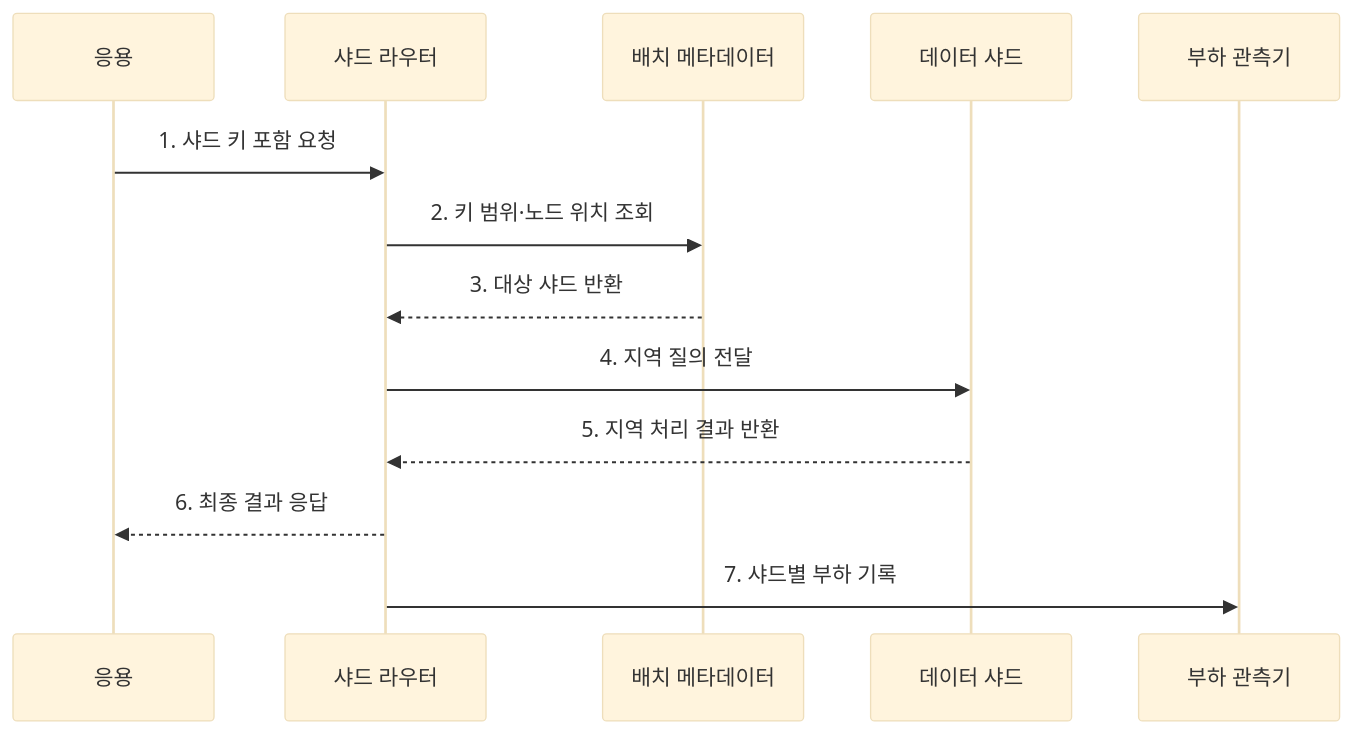
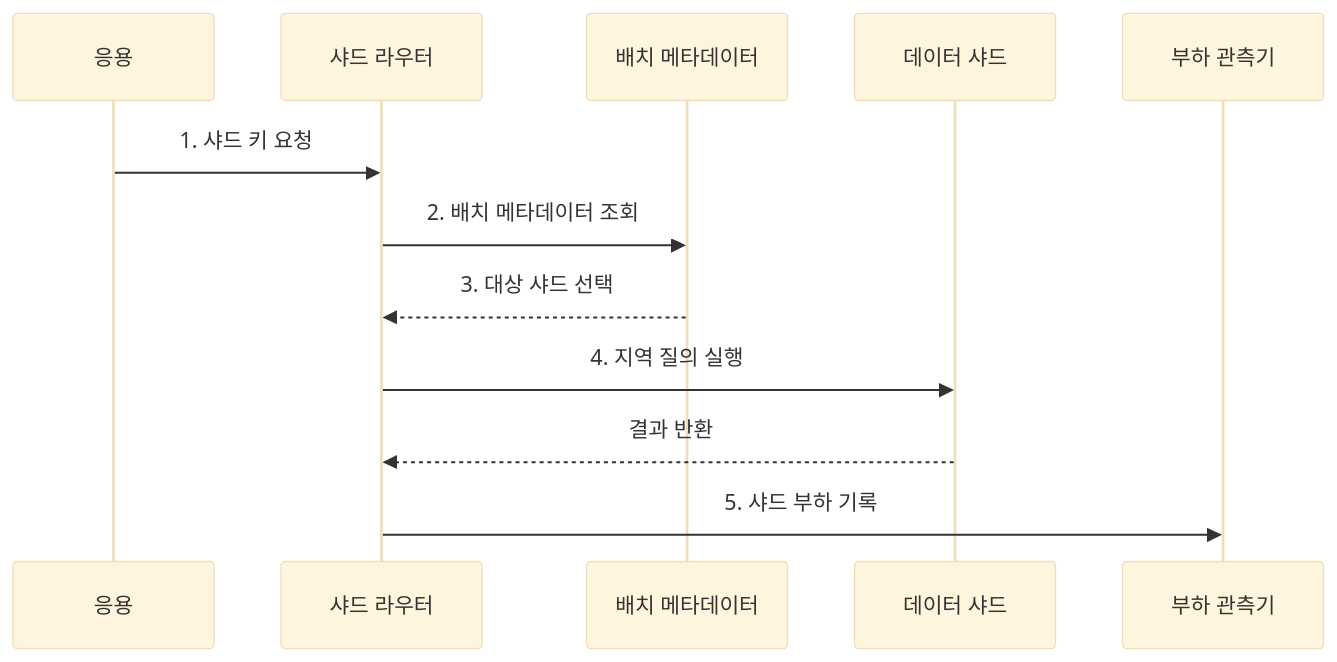
One commit to agnusdei1207/knowledge-base changed the second of 2 diagrams in src/content/docs/notes/03-software/099_sharding.md. Above: the diagram before and after it, drawn with Mermaid (base theme). The commit also changed other lines of this file and 238 other files, not shown here.

````diff
--- a/src/content/docs/notes/03-software/099_sharding.md
+++ b/src/content/docs/notes/03-software/099_sharding.md
@@ -79,15 +79,14 @@
 ```mermaid
 sequenceDiagram
     participant A as 응용
     participant R as 샤드 라우터
     participant M as 배치 메타데이터
     participant S as 데이터 샤드
     participant O as 부하 관측기
-    A->>R: 1. 샤드 키 포함 요청
-    R->>M: 2. 키 범위·노드 위치 조회
-    M-->>R: 3. 대상 샤드 반환
-    R->>S: 4. 지역 질의 전달
-    S-->>R: 5. 지역 처리 결과 반환
-    R-->>A: 6. 최종 결과 응답
-    R->>O: 7. 샤드별 부하 기록
+    A->>R: 1. 샤드 키 요청
+    R->>M: 2. 배치 메타데이터 조회
+    M-->>R: 3. 대상 샤드 선택
+    R->>S: 4. 지역 질의 실행
+    S-->>R: 결과 반환
+    R->>O: 5. 샤드 부하 기록
 ```
````
